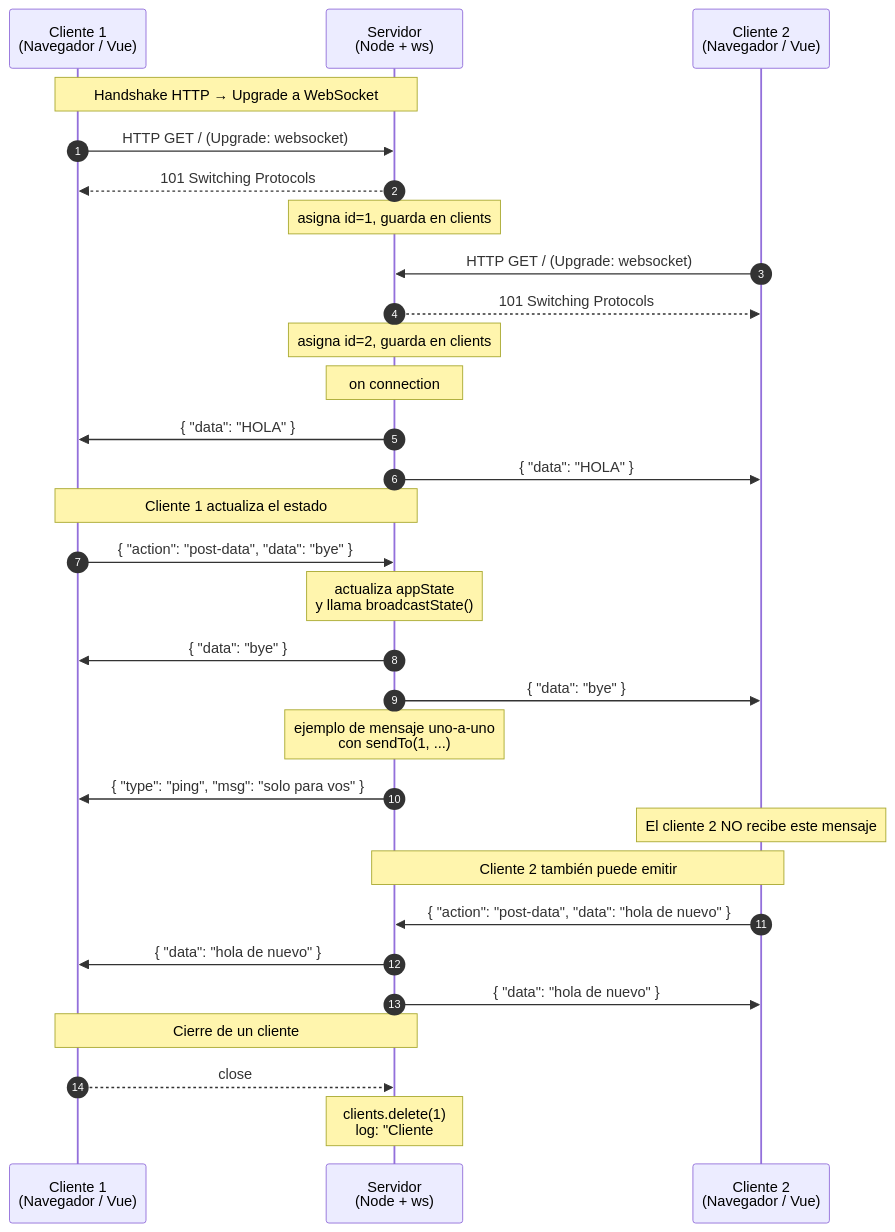
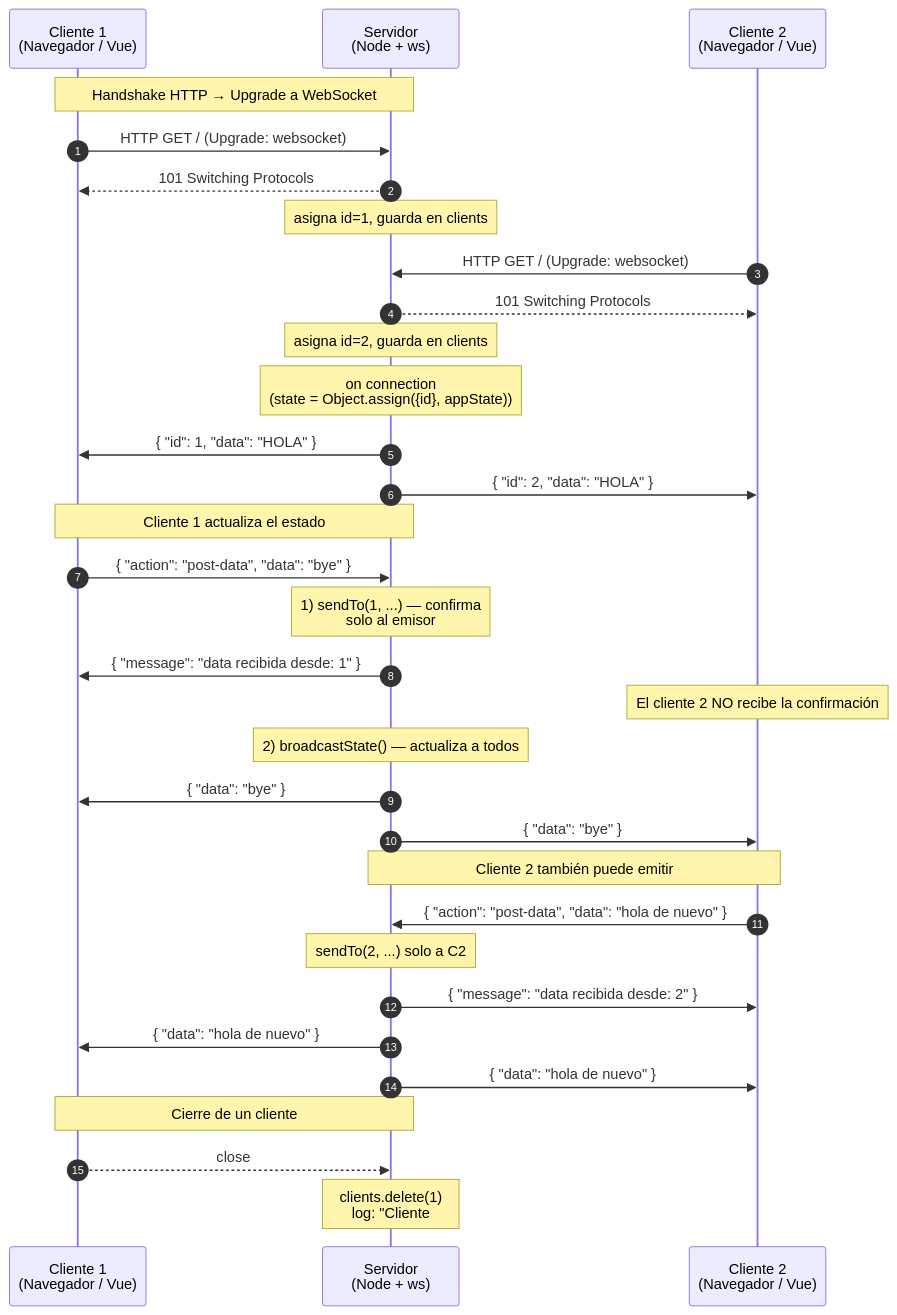
One commit to akobashikawa/websockets-hola changed the diagram in README.md. Above: the diagram before and after it, drawn with Mermaid. The commit also changed other lines of this file, not shown here.

Commit message:
docs: update README to enhance WebSocket connection details and message handling

````diff
--- a/README.md
+++ b/README.md
@@ -99,40 +107,42 @@
 ```mermaid
 sequenceDiagram
     autonumber
     participant C1 as Cliente 1<br>(Navegador / Vue)
     participant S as Servidor<br>(Node + ws)
     participant C2 as Cliente 2<br>(Navegador / Vue)
 
     Note over C1,S: Handshake HTTP → Upgrade a WebSocket
     C1->>S: HTTP GET / (Upgrade: websocket)
     S-->>C1: 101 Switching Protocols
     Note over S: asigna id=1, guarda en clients
 
     C2->>S: HTTP GET / (Upgrade: websocket)
     S-->>C2: 101 Switching Protocols
     Note over S: asigna id=2, guarda en clients
 
-    Note over S: on connection
-    S->>C1: { "data": "HOLA" }
-    S->>C2: { "data": "HOLA" }
+    Note over S: on connection<br>(state = Object.assign({id}, appState))
+    S->>C1: { "id": 1, "data": "HOLA" }
+    S->>C2: { "id": 2, "data": "HOLA" }
 
     Note over C1,S: Cliente 1 actualiza el estado
     C1->>S: { "action": "post-data", "data": "bye" }
 
-    Note over S: actualiza appState<br>y llama broadcastState()
+    Note over S: 1) sendTo(1, ...) — confirma<br>solo al emisor
+    S->>C1: { "message": "data recibida desde: 1" }
+    Note over C2: El cliente 2 NO recibe la confirmación
+
+    Note over S: 2) broadcastState() — actualiza a todos
     S->>C1: { "data": "bye" }
     S->>C2: { "data": "bye" }
 
-    Note over S: ejemplo de mensaje uno-a-uno<br>con sendTo(1, ...)
-    S->>C1: { "type": "ping", "msg": "solo para vos" }
-    Note over C2: El cliente 2 NO recibe este mensaje
-
     Note over C2,S: Cliente 2 también puede emitir
     C2->>S: { "action": "post-data", "data": "hola de nuevo" }
+    Note over S: sendTo(2, ...) solo a C2
+    S->>C2: { "message": "data recibida desde: 2" }
     S->>C1: { "data": "hola de nuevo" }
     S->>C2: { "data": "hola de nuevo" }
 
     Note over C1,S: Cierre de un cliente
     C1-->>S: close
     Note over S: clients.delete(1)<br>log: "Cliente #1 desconectado"<br>(el broadcast sigue activo para los demás)
 ```
````
